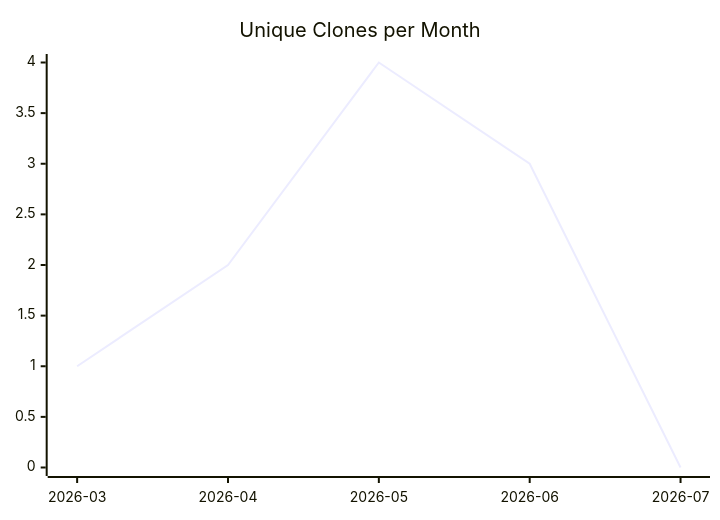
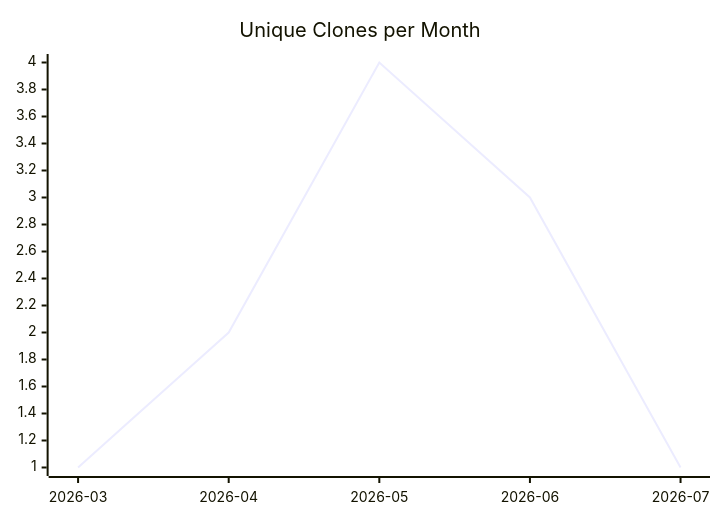
The third of 3 diagrams in karlmdavis/puppet-archive/README.md (justdavis-family/github-analytics-data), drawn with Mermaid before and after one commit. The commit also changed other lines of this file and 166 other files, not shown here.

````diff
--- a/karlmdavis/puppet-archive/README.md
+++ b/karlmdavis/puppet-archive/README.md
@@ -19,6 +19,6 @@
 ```mermaid
 xychart-beta
   title "Unique Clones per Month"
   x-axis ["2026-03", "2026-04", "2026-05", "2026-06", "2026-07"]
-  line [1, 2, 4, 3, 0]
+  line [1, 2, 4, 3, 1]
 ```
````
